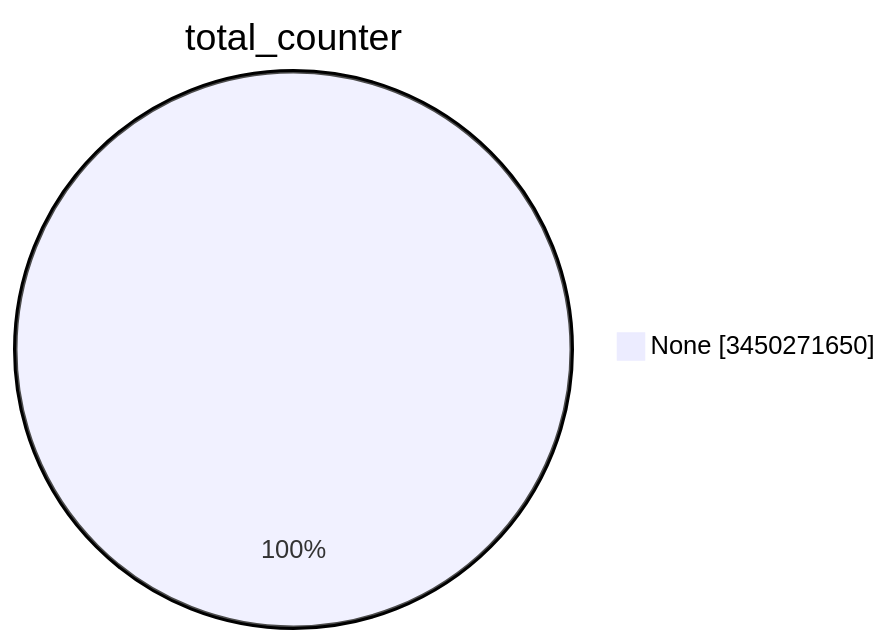
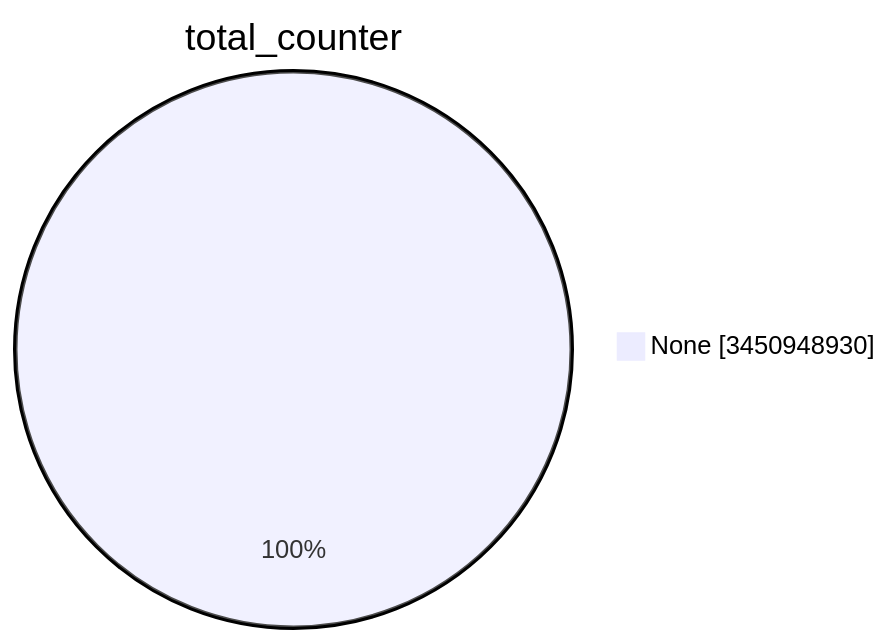
The first of 15 diagrams in TOTAL/README.md (christiankrug/ctmonitor_visualization), drawn with Mermaid before and after one commit. The commit also changed other lines of this file, not shown here.

````diff
--- a/TOTAL/README.md
+++ b/TOTAL/README.md
@@ -1,5 +1,5 @@
 ```mermaid
 pie showData
 title total_counter
-"None" :3450271650
+"None" :3450948930
 ```
````
